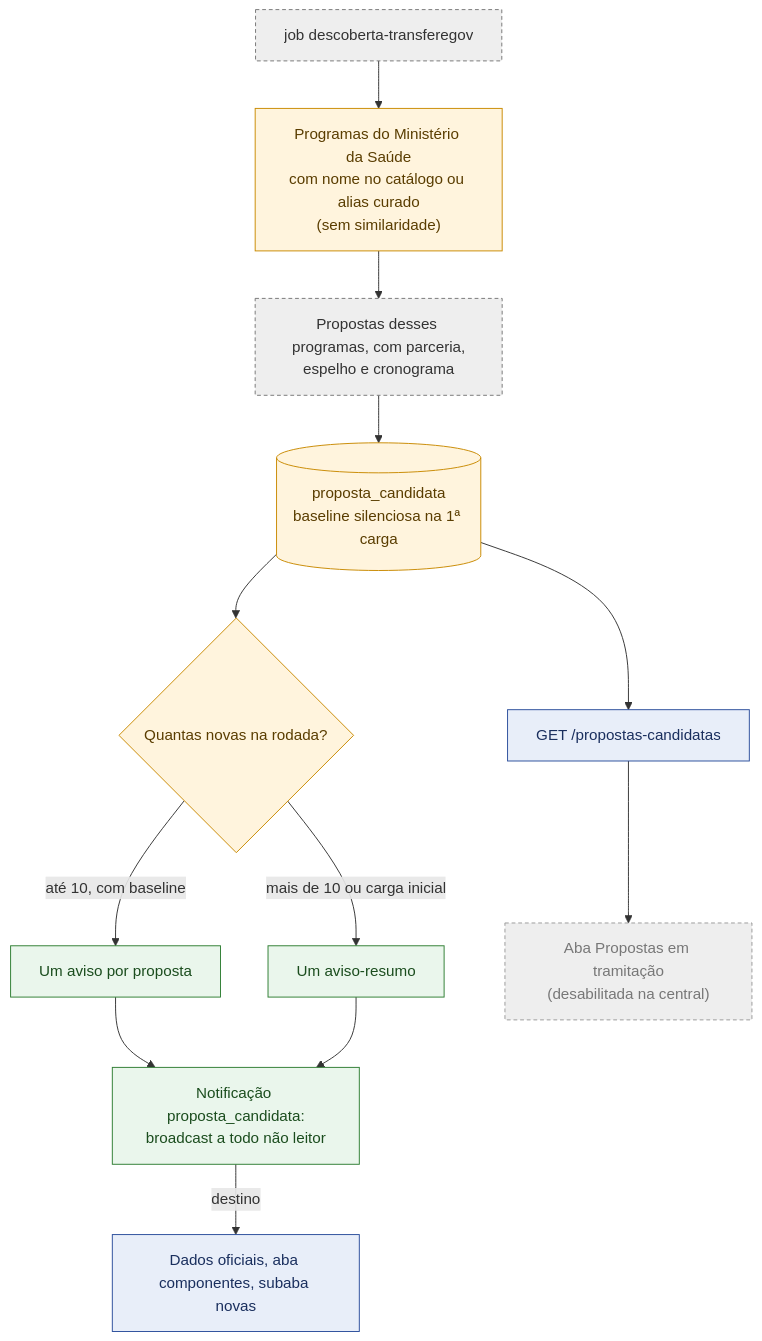
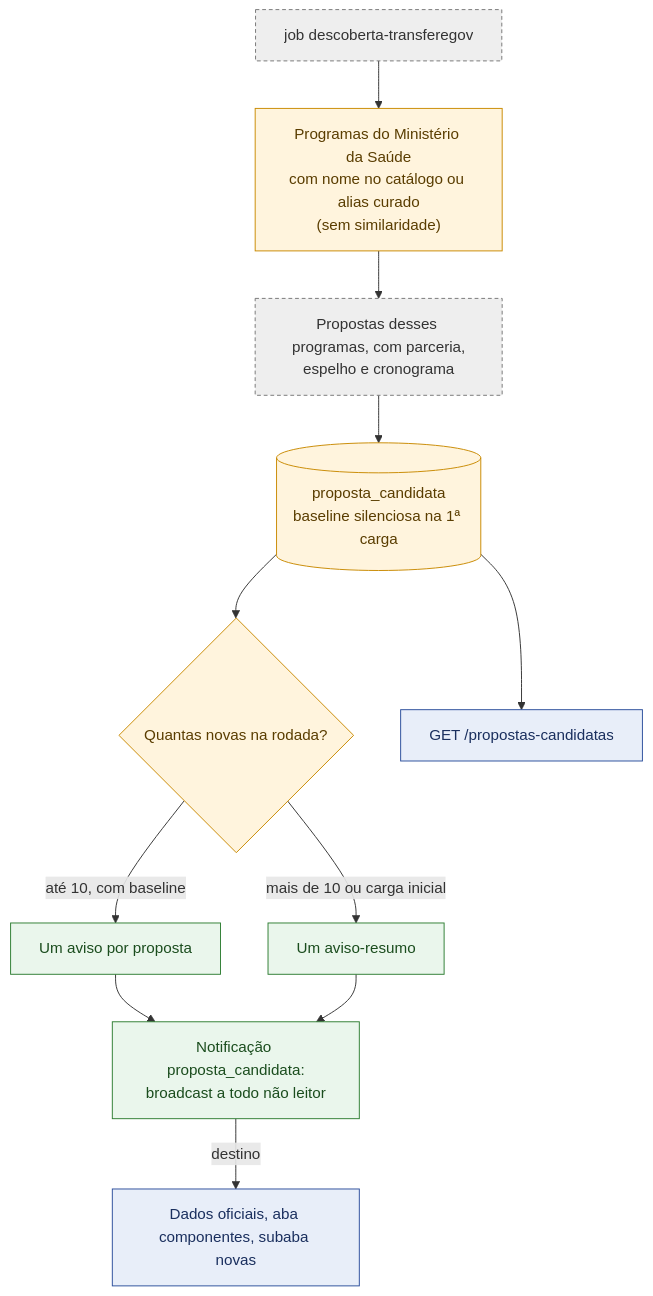
Before and after one commit to devs-ministerio/par_equipamentos: diagram 11 of 20 in docs/mermaid/radar-instrumentos.md, drawn with Mermaid. The commit also changed other lines of this file and 11 other files, not shown here.

Commit message:
refactor(radar): remove ação iniciar_analise e aba Propostas em tramitação

````diff
--- a/docs/mermaid/radar-instrumentos.md
+++ b/docs/mermaid/radar-instrumentos.md
@@ -276,20 +271,19 @@
 ```mermaid
 flowchart TB
     classDef job fill:#EEE,stroke:#777,color:#333,stroke-dasharray:4 3
     classDef regra fill:#FFF4DD,stroke:#C98A00,color:#5a3d00
     classDef tela fill:#E8EEF9,stroke:#2A4D9B,color:#1a2f5e
     classDef off fill:#eee,stroke:#999,color:#777,stroke-dasharray:4 3
     classDef aviso fill:#EAF6EC,stroke:#2E7D32,color:#1b4d1e
 
     J["job descoberta-transferegov"]:::job --> PR["Programas do Ministério da Saúde<br/>com nome no catálogo ou alias curado<br/>(sem similaridade)"]:::regra
     PR --> PP["Propostas desses programas, com parceria,<br/>espelho e cronograma"]:::job
     PP --> PC[("proposta_candidata<br/>baseline silenciosa na 1ª carga")]:::regra
     PC --> AV{"Quantas novas na rodada?"}:::regra
     AV -->|"até 10, com baseline"| IND["Um aviso por proposta"]:::aviso
     AV -->|"mais de 10 ou carga inicial"| RES["Um aviso-resumo"]:::aviso
     IND --> DEST["Notificação proposta_candidata:<br/>broadcast a todo não leitor"]:::aviso
     RES --> DEST
     PC --> API["GET /propostas-candidatas"]:::tela
-    API --> ABA["Aba Propostas em tramitação<br/>(desabilitada na central)"]:::off
     DEST -->|"destino"| DADOS["Dados oficiais, aba componentes, subaba novas"]:::tela
 ```
````
